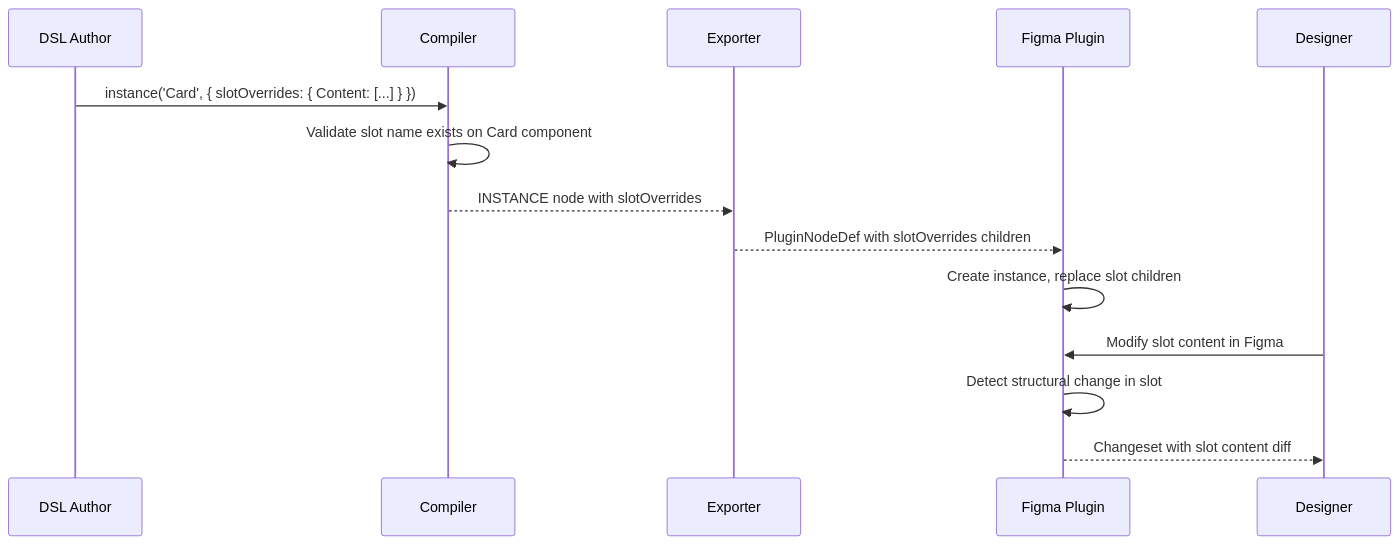
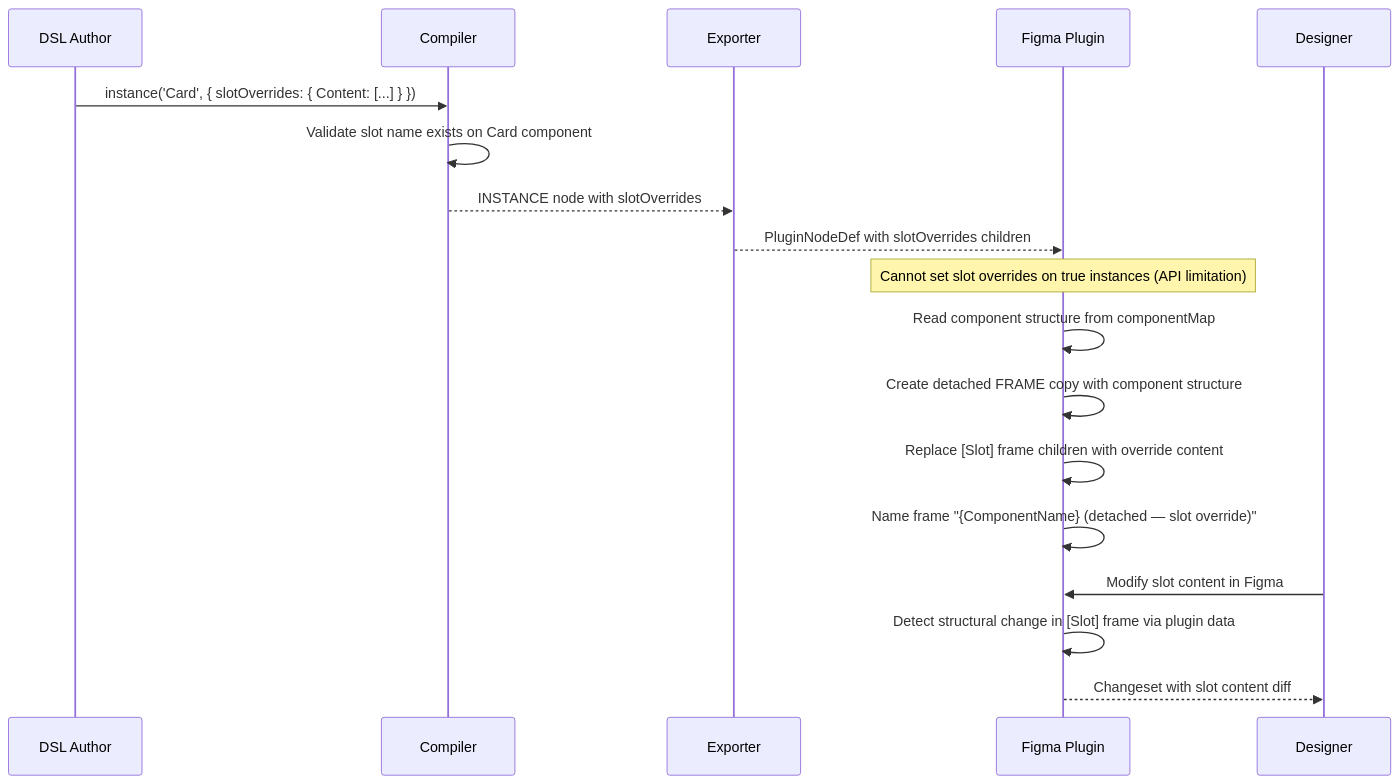
The third of 4 diagrams in .kiro/specs/figma-slots-component-reuse/design.md (TETRA2000/figma-component-dsl), drawn with Mermaid before and after one commit. The commit also changed other lines of this file, not shown here.

First line of the commit message:
Apply design review fixes: slot override limitation, property inference, shared hash utility

````diff
--- a/.kiro/specs/figma-slots-component-reuse/design.md
+++ b/.kiro/specs/figma-slots-component-reuse/design.md
@@ -130,17 +150,21 @@
 ```mermaid
 sequenceDiagram
   participant Author as DSL Author
   participant Compiler as Compiler
   participant Exporter as Exporter
   participant Plugin as Figma Plugin
   participant Designer as Designer
 
   Author->>Compiler: instance('Card', { slotOverrides: { Content: [...] } })
   Compiler->>Compiler: Validate slot name exists on Card component
   Compiler-->>Exporter: INSTANCE node with slotOverrides
   Exporter-->>Plugin: PluginNodeDef with slotOverrides children
-  Plugin->>Plugin: Create instance, replace slot children
+  Note over Plugin: Cannot set slot overrides on true instances (API limitation)
+  Plugin->>Plugin: Read component structure from componentMap
+  Plugin->>Plugin: Create detached FRAME copy with component structure
+  Plugin->>Plugin: Replace [Slot] frame children with override content
+  Plugin->>Plugin: Name frame "{ComponentName} (detached — slot override)"
   Designer->>Plugin: Modify slot content in Figma
-  Plugin->>Plugin: Detect structural change in slot
+  Plugin->>Plugin: Detect structural change in [Slot] frame via plugin data
   Plugin-->>Designer: Changeset with slot content diff
 ```
````
